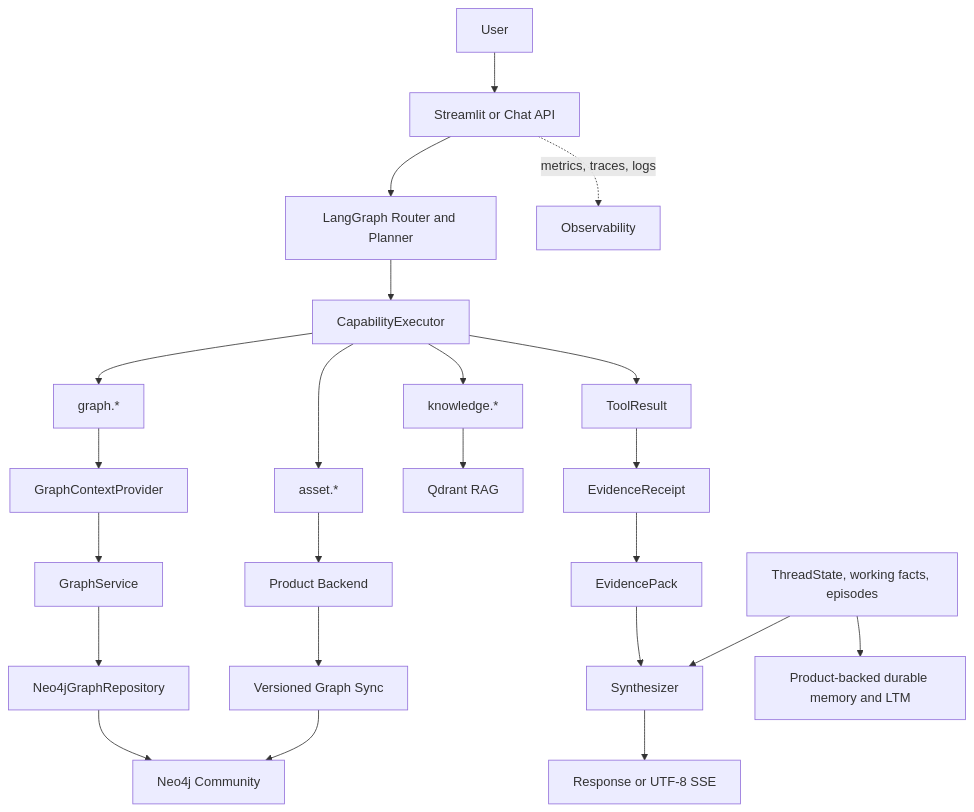
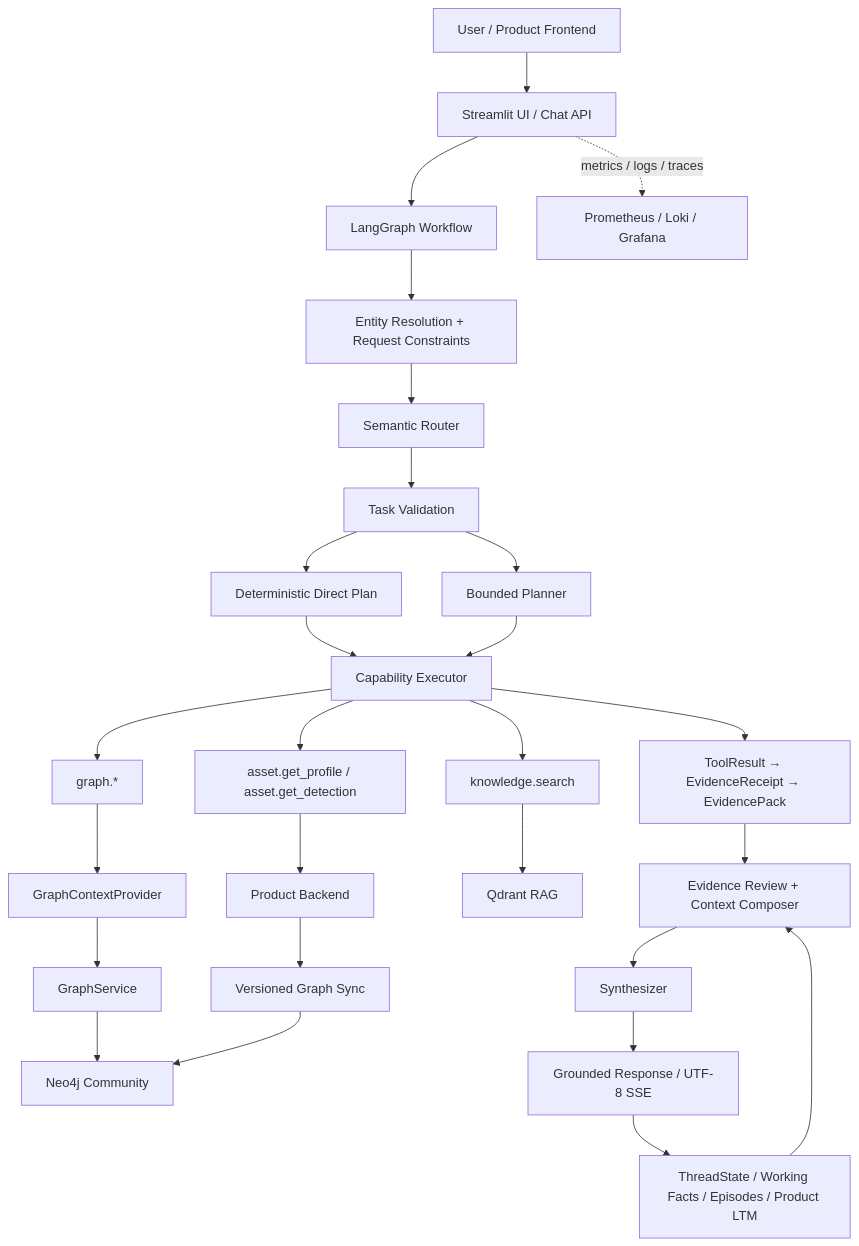
Before and after one commit to alirzx/Soorin_Copilot: the diagram in README.md, drawn with Mermaid. The commit also changed other lines of this file, not shown here.

Commit message:
docs: refine Copilot architecture and workflow overview

````diff
--- a/README.md
+++ b/README.md
@@ -12,25 +9,35 @@
 ```mermaid
 flowchart TD
-    U[User] --> UI[Streamlit or Chat API]
-    UI --> LG[LangGraph Router and Planner]
-    LG --> EX[CapabilityExecutor]
-    EX --> AS[asset.*]
-    EX --> GS[graph.*]
-    EX --> KS[knowledge.*]
-    AS --> PB[Product Backend]
-    GS --> GP[GraphContextProvider]
-    GP --> SVC[GraphService]
-    SVC --> REPO[Neo4jGraphRepository]
-    REPO --> NEO[Neo4j Community]
-    KS --> QR[Qdrant RAG]
-    PB --> SYNC[Versioned Graph Sync]
+    U[User / Product Frontend] --> API[Streamlit UI / Chat API]
+    API --> WF[LangGraph Workflow]
+
+    WF --> ENT[Entity Resolution + Request Constraints]
+    ENT --> RT[Semantic Router]
+    RT --> VAL[Task Validation]
+    VAL --> DP[Deterministic Direct Plan]
+    VAL --> PL[Bounded Planner]
+    DP --> EX[Capability Executor]
+    PL --> EX
+
+    EX --> AS[asset.get_profile / asset.get_detection]
+    EX --> GR[graph.*]
+    EX --> KB[knowledge.search]
+
+    AS --> PROD[Product Backend]
+    GR --> GCP[GraphContextProvider]
+    GCP --> GS[GraphService]
+    GS --> NEO[Neo4j Community]
+    KB --> QD[Qdrant RAG]
+
+    PROD --> SYNC[Versioned Graph Sync]
     SYNC --> NEO
-    EX --> TR[ToolResult]
-    TR --> ER[EvidenceReceipt]
-    ER --> EP[EvidencePack]
-    EP --> SYN[Synthesizer]
-    MEM[ThreadState, working facts, episodes] --> SYN
-    MEM --> LTM[Product-backed durable memory and LTM]
-    SYN --> OUT[Response or UTF-8 SSE]
-    UI -. metrics, traces, logs .-> OBS[Observability]
+
+    EX --> EV[ToolResult → EvidenceReceipt → EvidencePack]
+    EV --> REV[Evidence Review + Context Composer]
+    MEM[ThreadState / Working Facts / Episodes / Product LTM] --> REV
+    REV --> SYN[Synthesizer]
+    SYN --> OUT[Grounded Response / UTF-8 SSE]
+    OUT --> MEM
+
+    API -. metrics / logs / traces .-> OBS[Prometheus / Loki / Grafana]
 ```
````
